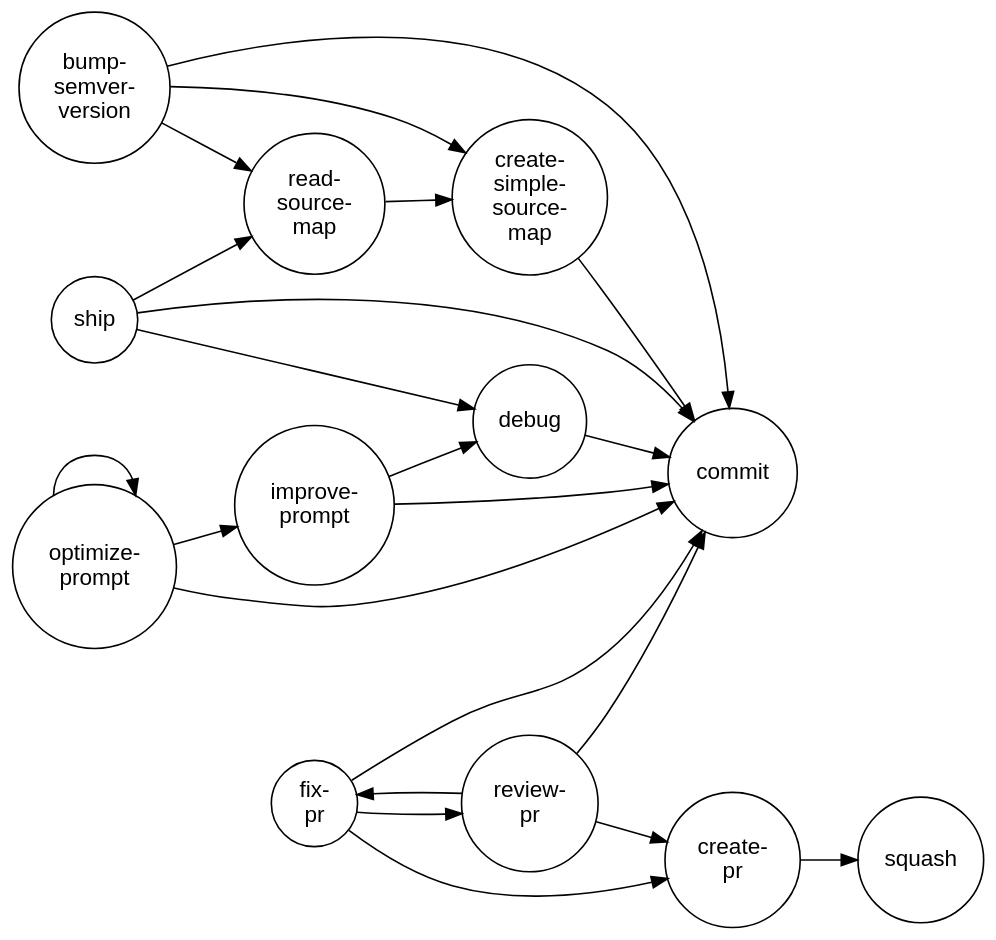
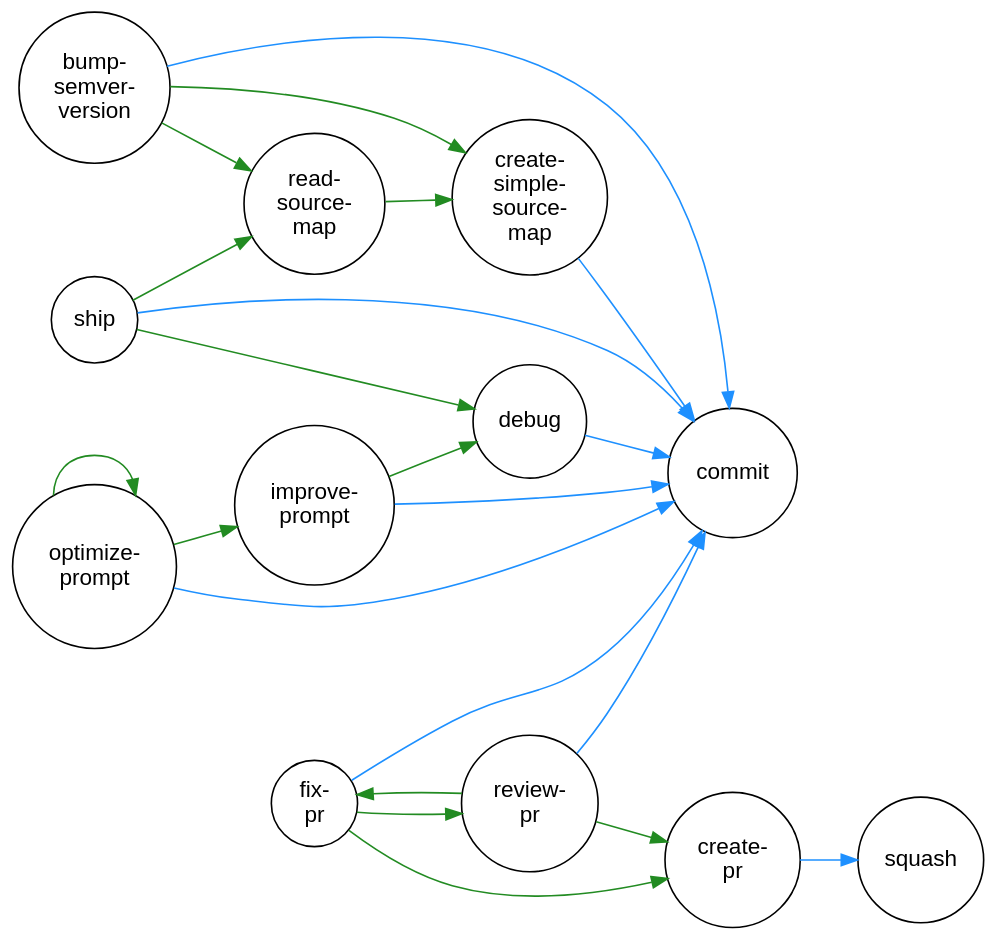
The diagram in static/prompt-graph.dot (korotkevics/promptstash), drawn with Graphviz before and after one commit. The commit also changed 4 other files, not shown here.

Commit message:
Add colored arrows to prompt reference graph (green for outbound, blue for inbound)

```diff
--- a/static/prompt-graph.dot
+++ b/static/prompt-graph.dot
@@ -1,44 +1,43 @@
 digraph PromptReferences {
     // Graph settings
     rankdir=LR;
     node [shape=circle, style=filled, fillcolor=white, fontname="Arial"];
-    edge [color=black];
     bgcolor=transparent;
 
     // Nodes
     "bump-semver-version" [label="bump-\nsemver-\nversion"];
     "commit" [label="commit"];
     "create-pr" [label="create-\npr"];
     "create-simple-source-map" [label="create-\nsimple-\nsource-\nmap"];
     "debug" [label="debug"];
     "fix-pr" [label="fix-\npr"];
     "improve-prompt" [label="improve-\nprompt"];
     "optimize-prompt" [label="optimize-\nprompt"];
     "read-source-map" [label="read-\nsource-\nmap"];
     "review-pr" [label="review-\npr"];
     "ship" [label="ship"];
     "squash" [label="squash"];
 
     // Edges
-    "bump-semver-version" -> "commit";
-    "bump-semver-version" -> "create-simple-source-map";
-    "bump-semver-version" -> "read-source-map";
-    "create-pr" -> "squash";
-    "create-simple-source-map" -> "commit";
-    "debug" -> "commit";
-    "fix-pr" -> "commit";
-    "fix-pr" -> "create-pr";
-    "fix-pr" -> "review-pr";
-    "improve-prompt" -> "commit";
-    "improve-prompt" -> "debug";
-    "optimize-prompt" -> "commit";
-    "optimize-prompt" -> "improve-prompt";
-    "optimize-prompt" -> "optimize-prompt";
-    "read-source-map" -> "create-simple-source-map";
-    "review-pr" -> "commit";
-    "review-pr" -> "create-pr";
-    "review-pr" -> "fix-pr";
-    "ship" -> "commit";
-    "ship" -> "debug";
-    "ship" -> "read-source-map";
+    "bump-semver-version" -> "commit" [color="#1E90FF"];  // Dodger blue - inbound to terminal node
+    "bump-semver-version" -> "create-simple-source-map" [color="#228B22"];  // Forest green - outbound reference
+    "bump-semver-version" -> "read-source-map" [color="#228B22"];  // Forest green - outbound reference
+    "create-pr" -> "squash" [color="#1E90FF"];  // Dodger blue - inbound to terminal node
+    "create-simple-source-map" -> "commit" [color="#1E90FF"];  // Dodger blue - inbound to terminal node
+    "debug" -> "commit" [color="#1E90FF"];  // Dodger blue - inbound to terminal node
+    "fix-pr" -> "commit" [color="#1E90FF"];  // Dodger blue - inbound to terminal node
+    "fix-pr" -> "create-pr" [color="#228B22"];  // Forest green - outbound reference
+    "fix-pr" -> "review-pr" [color="#228B22"];  // Forest green - outbound reference
+    "improve-prompt" -> "commit" [color="#1E90FF"];  // Dodger blue - inbound to terminal node
+    "improve-prompt" -> "debug" [color="#228B22"];  // Forest green - outbound reference
+    "optimize-prompt" -> "commit" [color="#1E90FF"];  // Dodger blue - inbound to terminal node
+    "optimize-prompt" -> "improve-prompt" [color="#228B22"];  // Forest green - outbound reference
+    "optimize-prompt" -> "optimize-prompt" [color="#228B22"];  // Forest green - outbound reference
+    "read-source-map" -> "create-simple-source-map" [color="#228B22"];  // Forest green - outbound reference
+    "review-pr" -> "commit" [color="#1E90FF"];  // Dodger blue - inbound to terminal node
+    "review-pr" -> "create-pr" [color="#228B22"];  // Forest green - outbound reference
+    "review-pr" -> "fix-pr" [color="#228B22"];  // Forest green - outbound reference
+    "ship" -> "commit" [color="#1E90FF"];  // Dodger blue - inbound to terminal node
+    "ship" -> "debug" [color="#228B22"];  // Forest green - outbound reference
+    "ship" -> "read-source-map" [color="#228B22"];  // Forest green - outbound reference
 }
```
